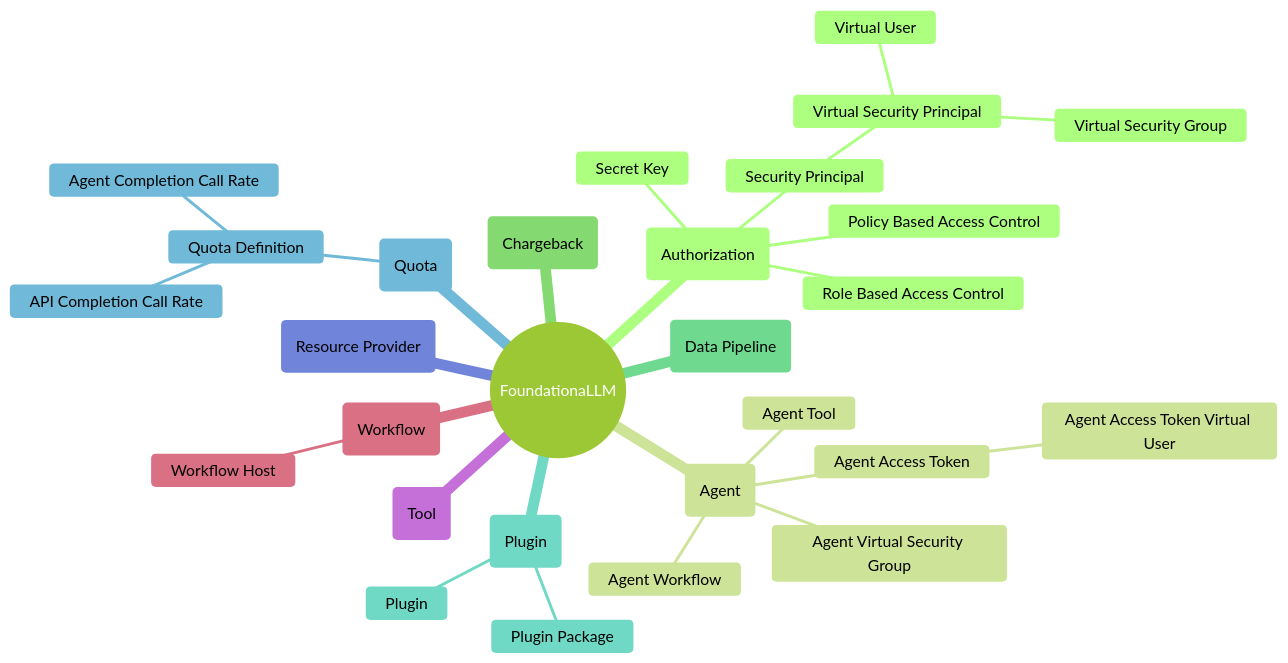
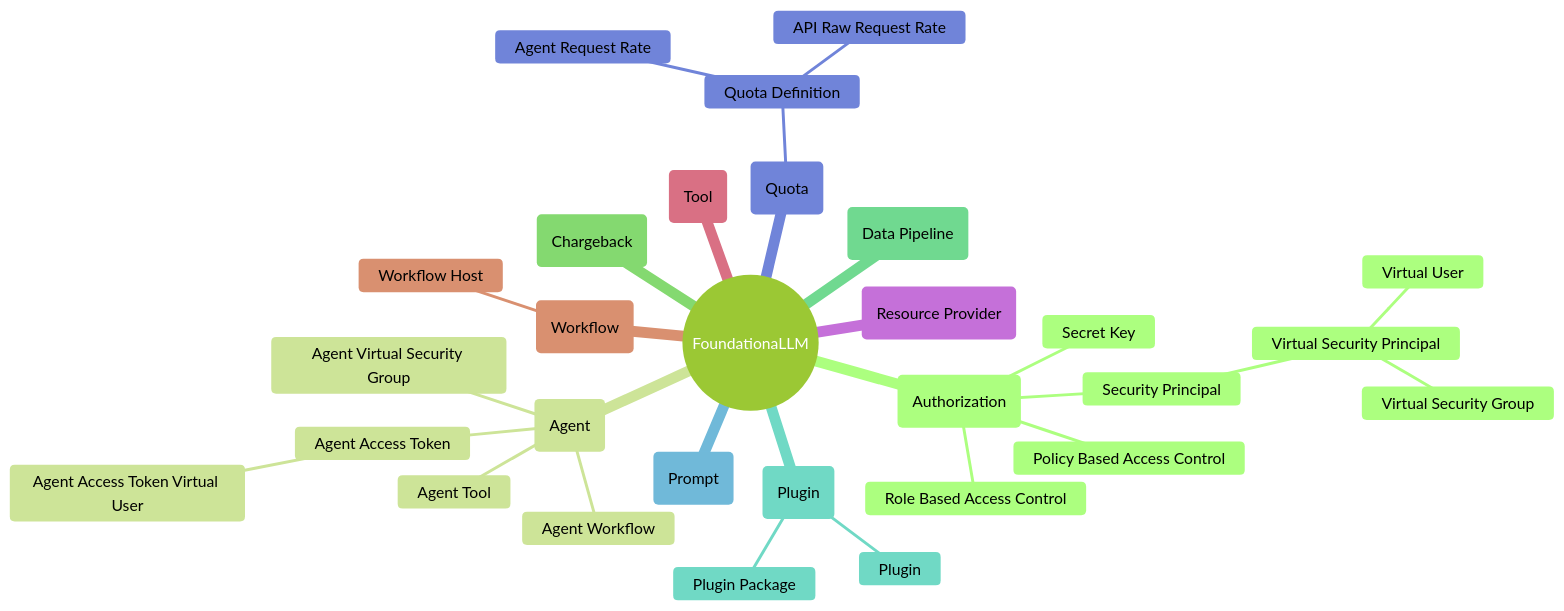
One commit to foundationallm/foundationallm changed the diagram in docs/concepts/index.md. Above: the diagram before and after it, drawn with Mermaid (forest theme). The commit also changed other lines of this file and 1 other file, not shown here.

````diff
--- a/docs/concepts/index.md
+++ b/docs/concepts/index.md
@@ -5,32 +5,33 @@
 ```mermaid
 mindmap
     root((FoundationaLLM))
     :::link:https://docs.foundationallm.ai
         (Authorization)
             Secret Key
             Role Based Access Control
             Policy Based Access Control
             Security Principal
                 Virtual Security Principal
                     Virtual User
                     Virtual Security Group
         (Agent)
             Agent Workflow
             Agent Tool
             Agent Access Token
                 Agent Access Token Virtual User
             Agent Virtual Security Group
         (Chargeback)
         (Data Pipeline)
         (Plugin)
             Plugin Package
             Plugin
+        (Prompt)
         (Quota)
             Quota Definition
-              API Completion Call Rate
-              Agent Completion Call Rate
+              API Raw Request Rate
+              Agent Request Rate
         (Resource Provider)
         (Tool)
         (Workflow)
             Workflow Host
 ```
````
